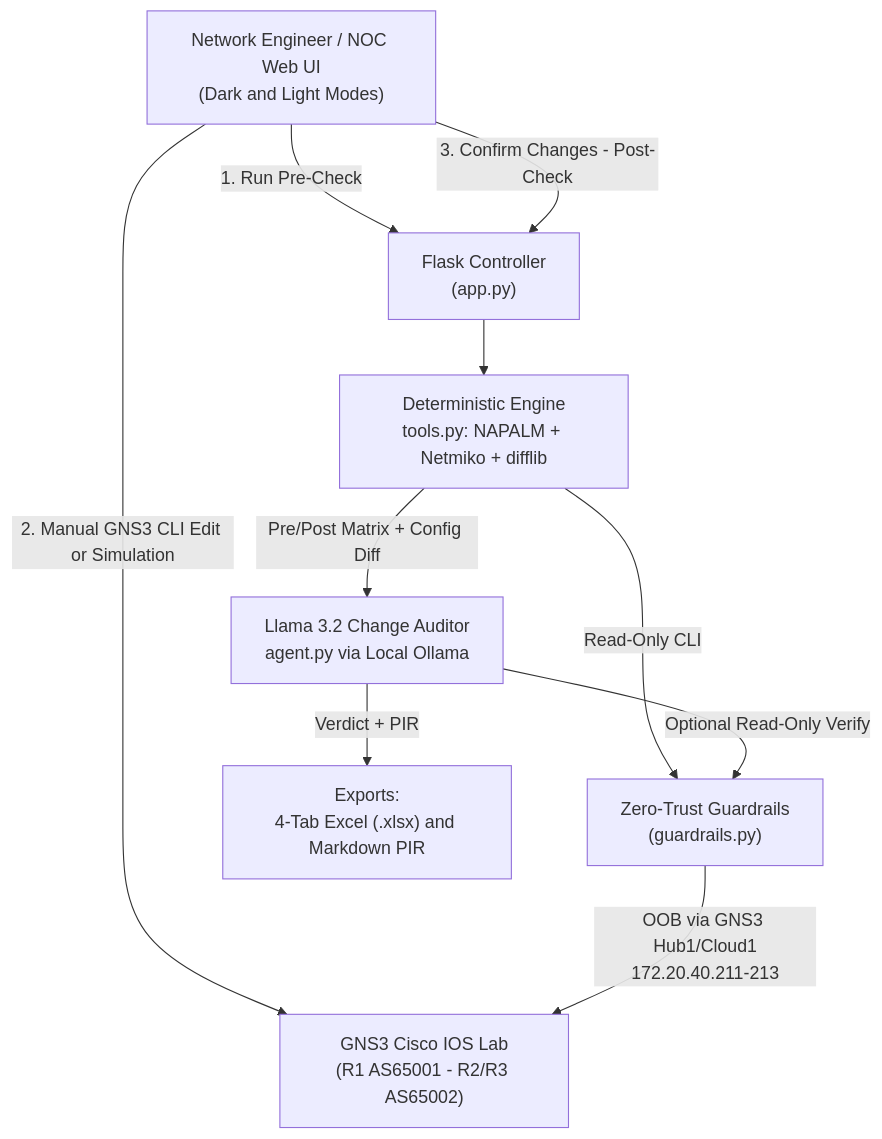
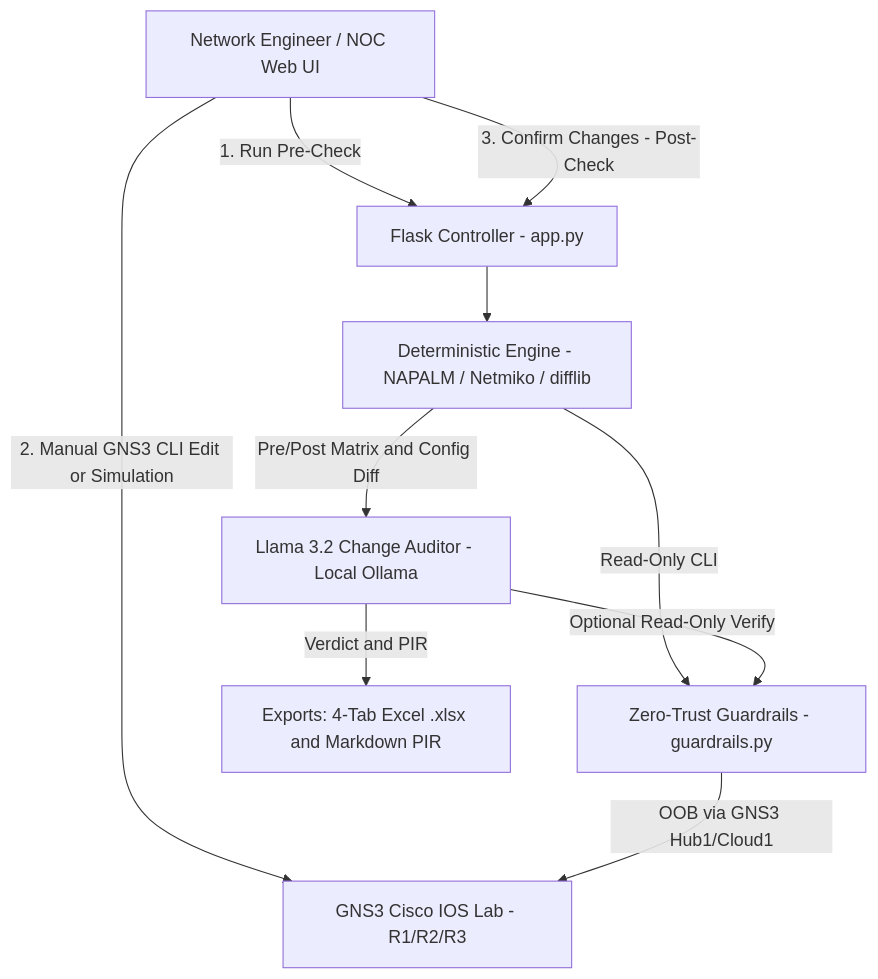
Before and after one commit to shahkh-eng/netops-ai-mop-auditor: the diagram in README.md, drawn with Mermaid. The commit also changed other lines of this file, not shown here.

````diff
--- a/README.md
+++ b/README.md
@@ -47,14 +45,14 @@
 ```mermaid
 flowchart TB
-    Eng["Network Engineer / NOC Web UI<br/>(Dark and Light Modes)"] -->|1. Run Pre-Check| Flask["Flask Controller<br/>(app.py)"]
-    Eng -->|2. Manual GNS3 CLI Edit or Simulation| Lab["GNS3 Cisco IOS Lab<br/>(R1 AS65001 - R2/R3 AS65002)"]
+    Eng["Network Engineer / NOC Web UI"] -->|1. Run Pre-Check| Flask["Flask Controller - app.py"]
+    Eng -->|2. Manual GNS3 CLI Edit or Simulation| Lab["GNS3 Cisco IOS Lab - R1/R2/R3"]
     Eng -->|3. Confirm Changes - Post-Check| Flask
 
-    Flask --> Snap["Deterministic Engine<br/>tools.py: NAPALM + Netmiko + difflib"]
-    Snap -->|Read-Only CLI| Guard["Zero-Trust Guardrails<br/>(guardrails.py)"]
-    Guard -->|OOB via GNS3 Hub1/Cloud1<br/>172.20.40.211-213| Lab
+    Flask --> Snap["Deterministic Engine - NAPALM / Netmiko / difflib"]
+    Snap -->|Read-Only CLI| Guard["Zero-Trust Guardrails - guardrails.py"]
+    Guard -->|OOB via GNS3 Hub1/Cloud1| Lab
 
-    Snap -->|Pre/Post Matrix + Config Diff| AI["Llama 3.2 Change Auditor<br/>agent.py via Local Ollama"]
+    Snap -->|Pre/Post Matrix and Config Diff| AI["Llama 3.2 Change Auditor - Local Ollama"]
     AI -->|Optional Read-Only Verify| Guard
-    AI -->|Verdict + PIR| Out["Exports:<br/>4-Tab Excel (.xlsx) and Markdown PIR"]
+    AI -->|Verdict and PIR| Out["Exports: 4-Tab Excel .xlsx and Markdown PIR"]
 ```
````
